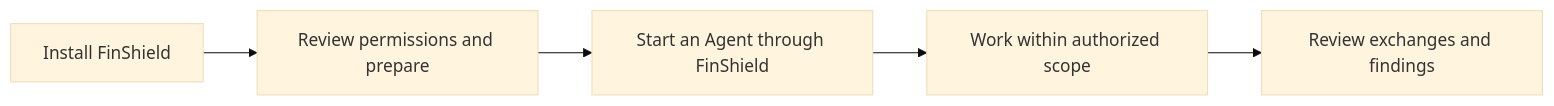
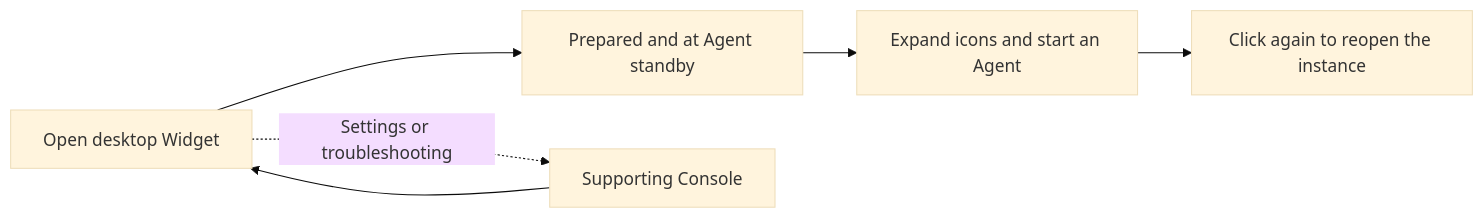
One commit to finogeeks/finsafe changed the diagram in docs/WINDOWS-GUIDE.md. Above: the diagram before and after it, drawn with Mermaid (base theme). The commit also changed other lines of this file and 18 other files, not shown here.

````diff
--- a/docs/WINDOWS-GUIDE.md
+++ b/docs/WINDOWS-GUIDE.md
@@ -66,7 +29,8 @@
 ```mermaid
 flowchart LR
-    A[Install FinShield] --> B[Review permissions and prepare]
-    B --> C[Start an Agent through FinShield]
-    C --> D[Work within authorized scope]
-    D --> E[Review exchanges and findings]
+    A[Open desktop Widget] --> B[Prepared and at Agent standby]
+    B --> C[Expand icons and start an Agent]
+    C --> D[Click again to reopen the instance]
+    A -.Settings or troubleshooting.-> E[Supporting Console]
+    E --> A
 ```
````
